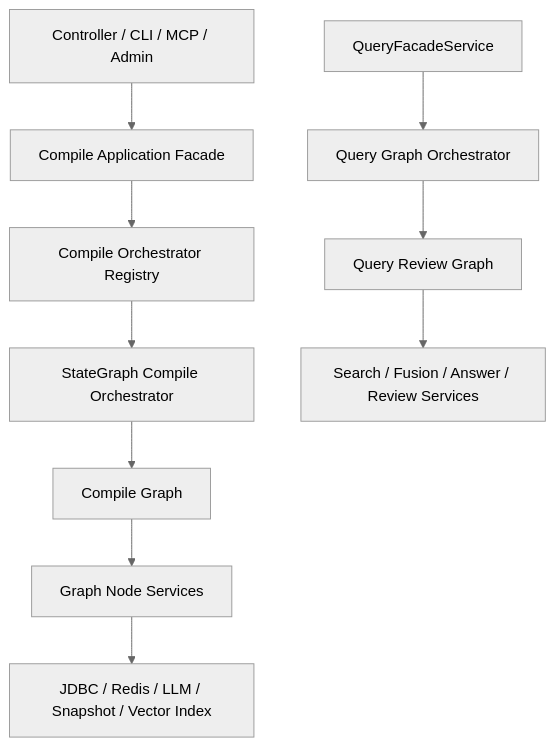
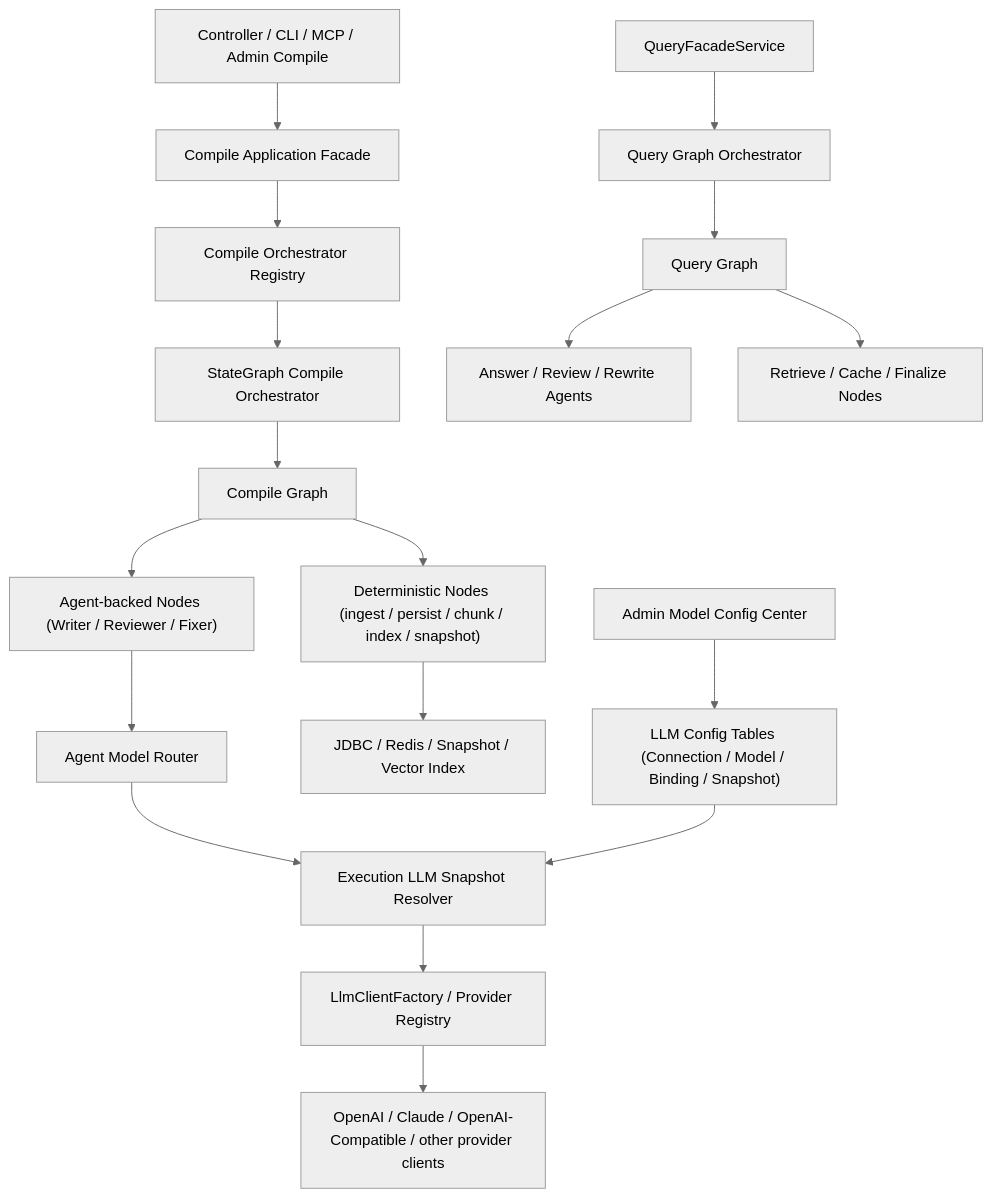
One commit to small-xiexu/Lattice-java changed the first of 4 diagrams in .codex/Spring AI Alibaba Graph 完整接入设计方案.md. Above: the diagram before and after it, drawn with Mermaid (neutral theme). The commit also changed other lines of this file and 145 other files, not shown here.

Commit message:
feat(graph): 完成多Agent图编排与模型配置中心重构

````diff
--- a/.codex/Spring AI Alibaba Graph 完整接入设计方案.md
+++ b/.codex/Spring AI Alibaba Graph 完整接入设计方案.md
@@ -293,13 +371,22 @@
 ```mermaid
 flowchart TD
-    A["Controller / CLI / MCP / Admin"] --> B["Compile Application Facade"]
+    A["Controller / CLI / MCP / Admin Compile"] --> B["Compile Application Facade"]
     B --> C["Compile Orchestrator Registry"]
     C --> D["StateGraph Compile Orchestrator"]
     D --> E["Compile Graph"]
-    E --> F["Graph Node Services"]
-    F --> G["JDBC / Redis / LLM / Snapshot / Vector Index"]
+    E --> F["Deterministic Nodes (ingest / persist / chunk / index / snapshot)"]
+    E --> G["Agent-backed Nodes (Writer / Reviewer / Fixer)"]
+    G --> H["Agent Model Router"]
+    H --> I["Execution LLM Snapshot Resolver"]
+    I --> J["LlmClientFactory / Provider Registry"]
+    J --> K["OpenAI / Claude / OpenAI-Compatible / other provider clients"]
+    F --> L["JDBC / Redis / Snapshot / Vector Index"]
 
-    H["QueryFacadeService"] --> I["Query Graph Orchestrator"]
-    I --> J["Query Review Graph"]
-    J --> K["Search / Fusion / Answer / Review Services"]
+    P["Admin Model Config Center"] --> Q["LLM Config Tables (Connection / Model / Binding / Snapshot)"]
+    Q --> I
+
+    R["QueryFacadeService"] --> S["Query Graph Orchestrator"]
+    S --> T["Query Graph"]
+    T --> U["Answer / Review / Rewrite Agents"]
+    T --> V["Retrieve / Cache / Finalize Nodes"]
 ```
````
